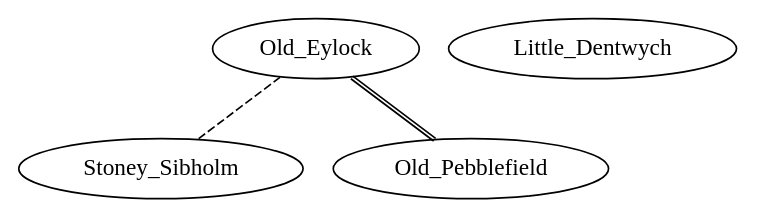
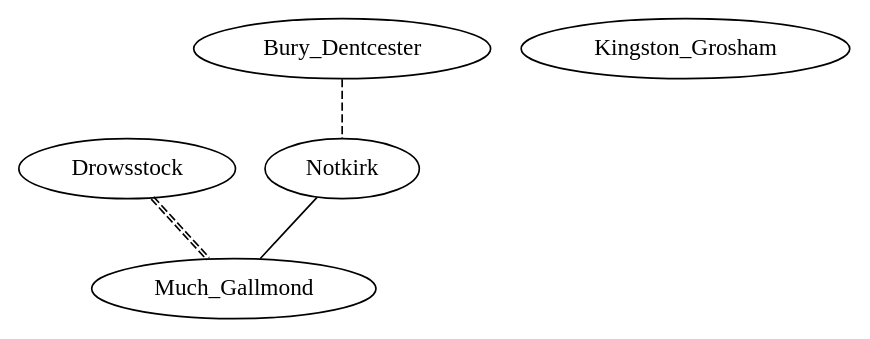
One commit to risinsilv/again changed the diagram in simoutput.dot. Above: the diagram before and after it, drawn with Graphviz. The commit also changed 9 other files, not shown here.

```diff
--- a/simoutput.dot
+++ b/simoutput.dot
@@ -1,8 +1,10 @@
 graph Towns {
-    Stoney_Sibholm
-    Old_Pebblefield
-    Old_Eylock
-    Little_Dentwych
-    Old_Eylock -- Old_Pebblefield [color="black:black"]
-    Old_Eylock -- Stoney_Sibholm [style="dashed"]
+    Drowsstock
+    Much_Gallmond
+    Bury_Dentcester
+    Kingston_Grosham
+    Notkirk
+    Drowsstock -- Much_Gallmond [style="dashed",color="black:black"]
+    Notkirk -- Much_Gallmond 
+    Bury_Dentcester -- Notkirk [style="dashed"]
 }
```
